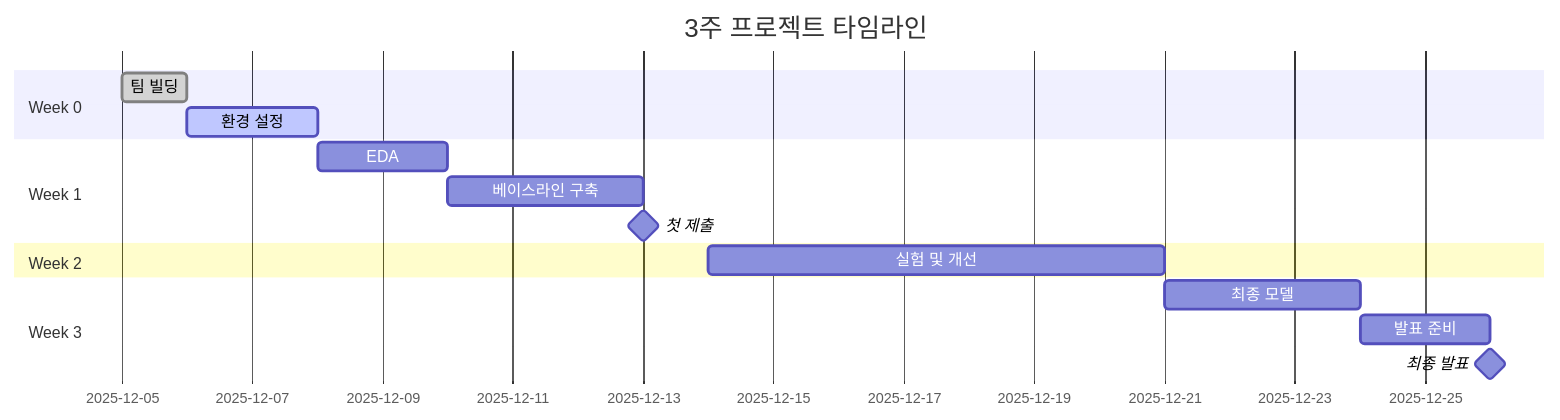
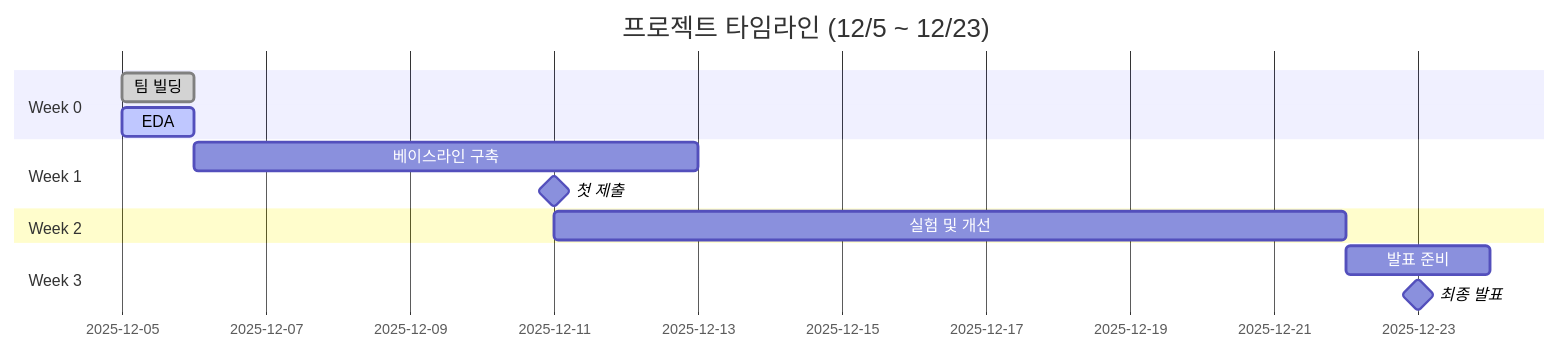
Before and after one commit to Jin94-ai/codeit_test: the diagram in README.md, drawn with Mermaid. The commit also changed other lines of this file, not shown here.

Commit message:
[Week 0] Update project timeline - adjust to actual schedule (EDA today, baseline by 12/12, presentation 12/23)

````diff
--- a/README.md
+++ b/README.md
@@ -32,18 +32,16 @@
 ```mermaid
 gantt
-    title 3주 프로젝트 타임라인
+    title 프로젝트 타임라인 (12/5 ~ 12/23)
     dateFormat YYYY-MM-DD
     section Week 0
     팀 빌딩           :done, 2025-12-05, 1d
-    환경 설정         :active, 2025-12-06, 2d
+    EDA              :active, 2025-12-05, 1d
     section Week 1
-    EDA              :2025-12-08, 2d
-    베이스라인 구축   :2025-12-10, 3d
-    첫 제출          :milestone, 2025-12-13, 0d
+    베이스라인 구축   :2025-12-06, 7d
+    첫 제출          :milestone, 2025-12-11, 0d
     section Week 2
-    실험 및 개선     :2025-12-14, 7d
+    실험 및 개선     :2025-12-11, 11d
     section Week 3
-    최종 모델        :2025-12-21, 3d
-    발표 준비        :2025-12-24, 2d
-    최종 발표        :milestone, 2025-12-26, 0d
+    발표 준비        :2025-12-22, 2d
+    최종 발표        :milestone, 2025-12-23, 0d
 ```
````
